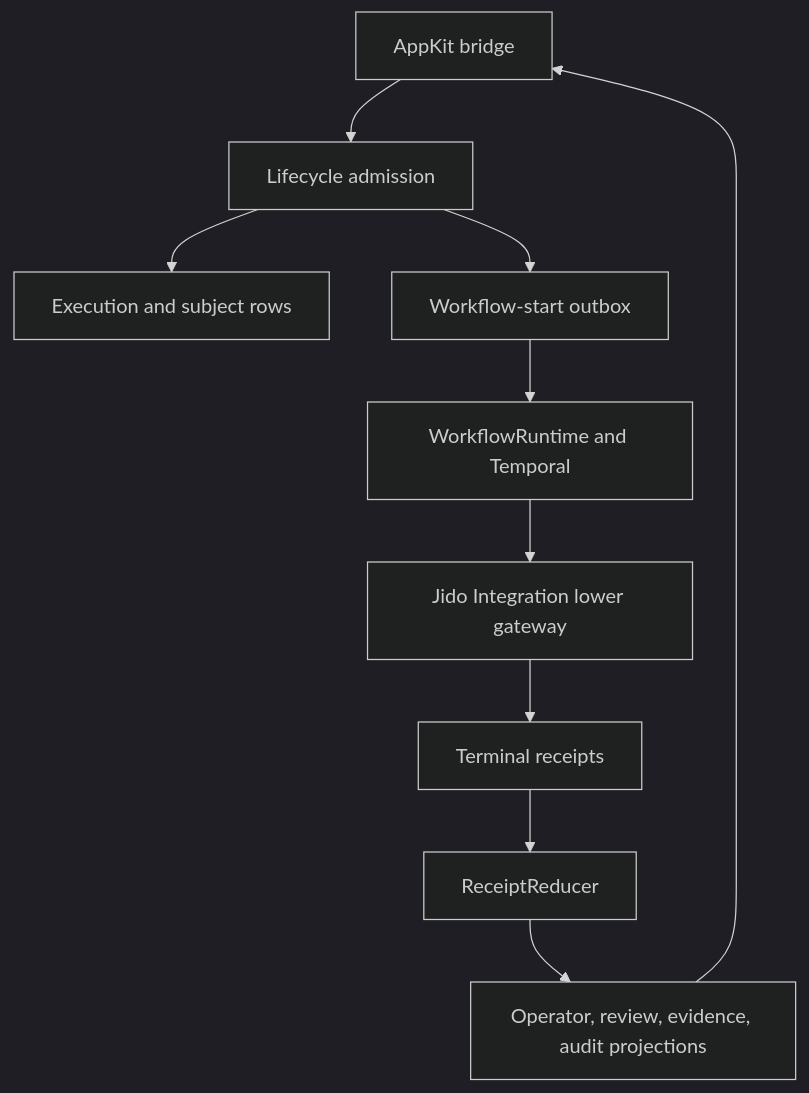
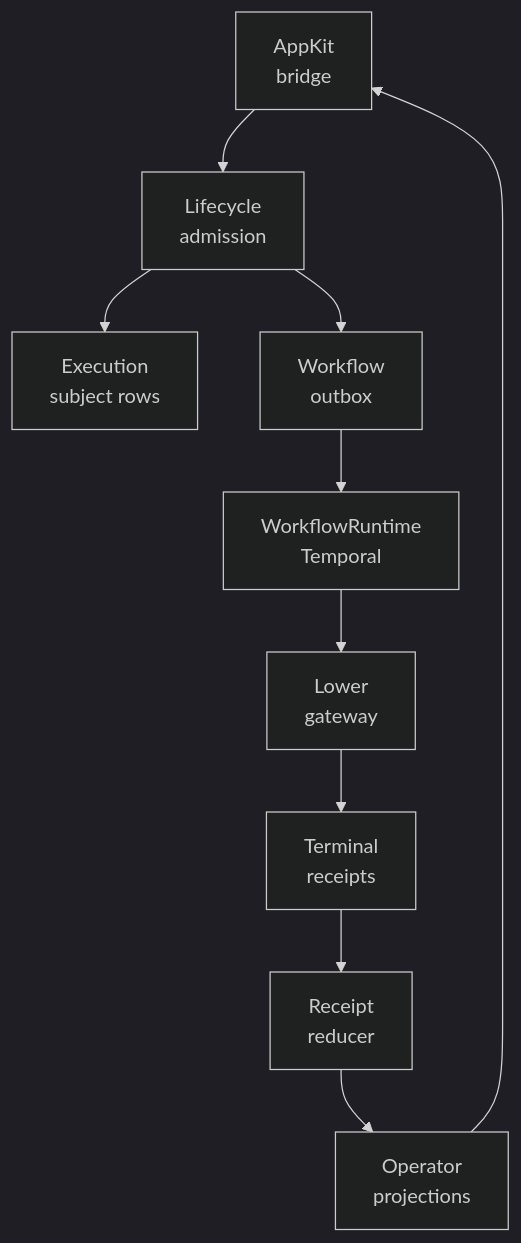
The first of 2 diagrams in README.md (nshkrdotcom/mezzanine), drawn with Mermaid (dark theme) before and after one commit. The commit also changed other lines of this file, not shown here.

Commit message:
docs: wrap README Mermaid labels

````diff
--- a/README.md
+++ b/README.md
@@ -137,12 +137,12 @@
 ```mermaid
 flowchart TD
-  AppKit["AppKit bridge"] --> Admission["Lifecycle admission"]
-  Admission --> Ledger["Execution and subject rows"]
-  Admission --> Outbox["Workflow-start outbox"]
-  Outbox --> Temporal["WorkflowRuntime and Temporal"]
-  Temporal --> Lower["Jido Integration lower gateway"]
-  Lower --> Receipts["Terminal receipts"]
-  Receipts --> Reducer["ReceiptReducer"]
-  Reducer --> Projections["Operator, review, evidence, audit projections"]
+  AppKit["AppKit<br/>bridge"] --> Admission["Lifecycle<br/>admission"]
+  Admission --> Ledger["Execution<br/>subject rows"]
+  Admission --> Outbox["Workflow<br/>outbox"]
+  Outbox --> Temporal["WorkflowRuntime<br/>Temporal"]
+  Temporal --> Lower["Lower<br/>gateway"]
+  Lower --> Receipts["Terminal<br/>receipts"]
+  Receipts --> Reducer["Receipt<br/>reducer"]
+  Reducer --> Projections["Operator<br/>projections"]
   Projections --> AppKit
 ```
````
